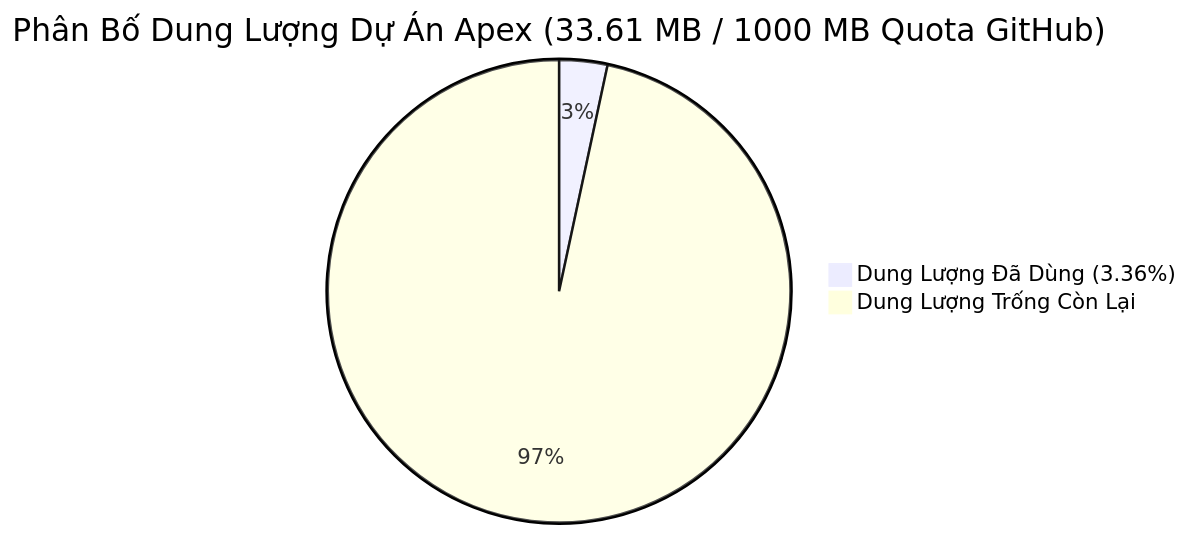
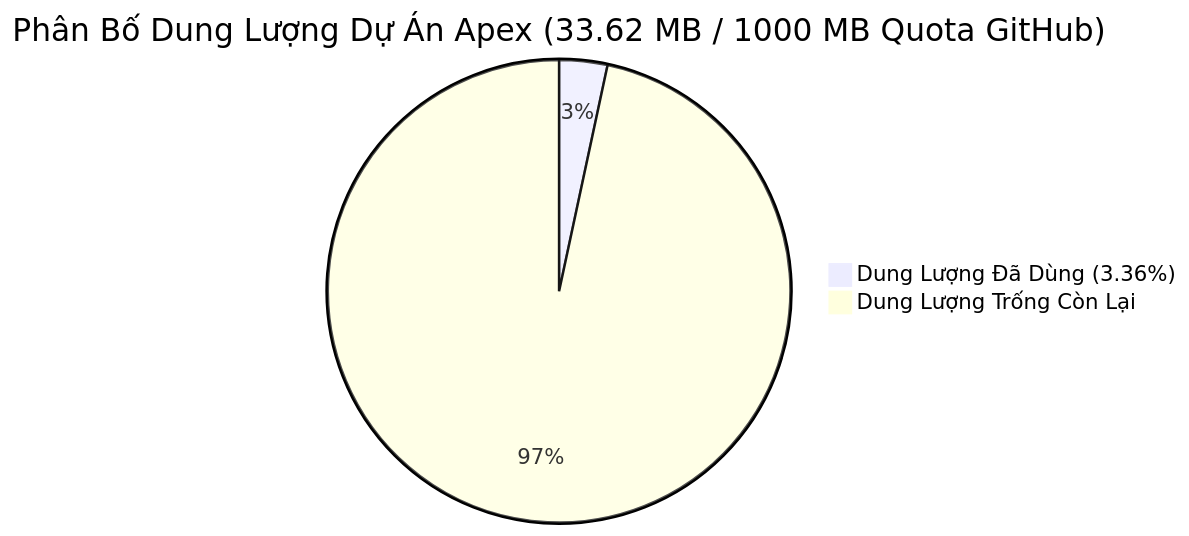
The diagram in 12_Institutional_Ombudsman_And_Inspectorate/daily_audits/2026-11-09_Infrastructure_Health_And_Capacity_Audit.md (Thienphuoctran/apex-hedge-fund), drawn with Mermaid before and after one commit. The commit also changed other lines of this file and 5 other files, not shown here.

````diff
--- a/12_Institutional_Ombudsman_And_Inspectorate/daily_audits/2026-11-09_Infrastructure_Health_And_Capacity_Audit.md
+++ b/12_Institutional_Ombudsman_And_Inspectorate/daily_audits/2026-11-09_Infrastructure_Health_And_Capacity_Audit.md
@@ -15,5 +15,5 @@
 ```mermaid
-pie title Phân Bố Dung Lượng Dự Án Apex (33.61 MB / 1000 MB Quota GitHub)
-    "Dung Lượng Đã Dùng (3.36%)" : 33.61
-    "Dung Lượng Trống Còn Lại" : 966.39
+pie title Phân Bố Dung Lượng Dự Án Apex (33.62 MB / 1000 MB Quota GitHub)
+    "Dung Lượng Đã Dùng (3.36%)" : 33.62
+    "Dung Lượng Trống Còn Lại" : 966.38
 ```
````
